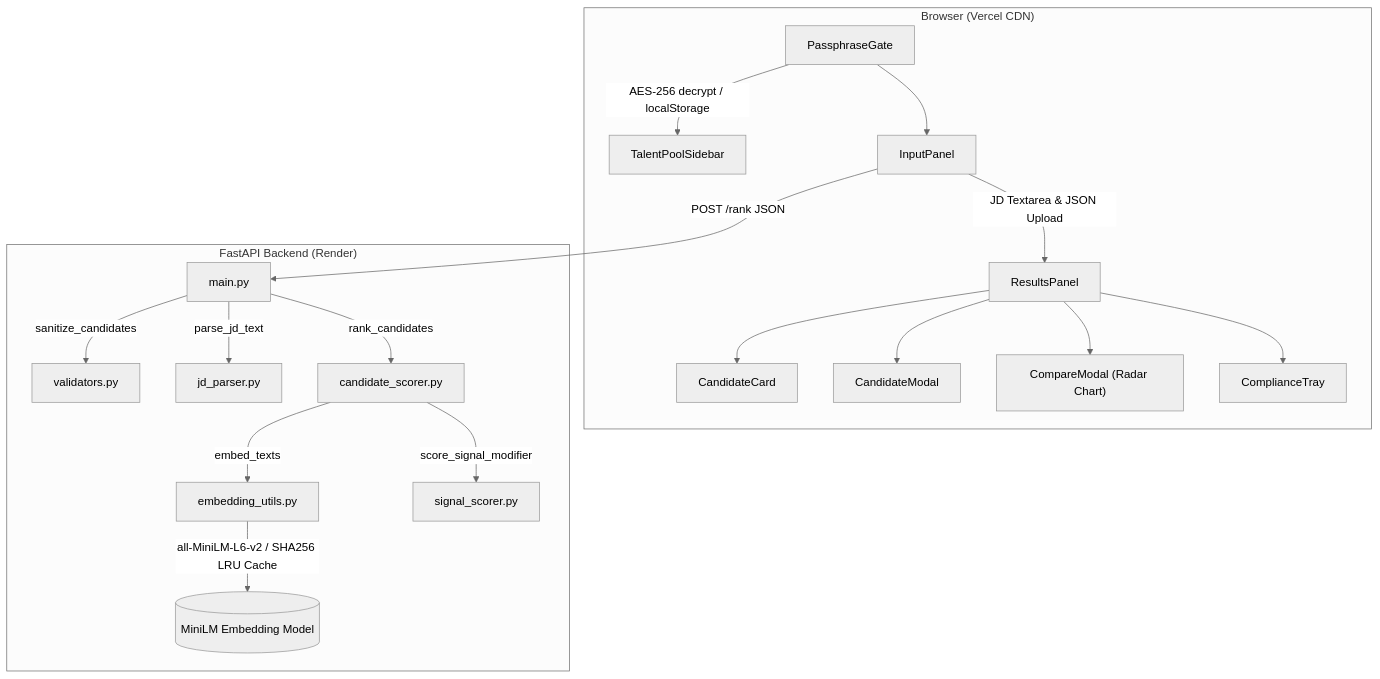
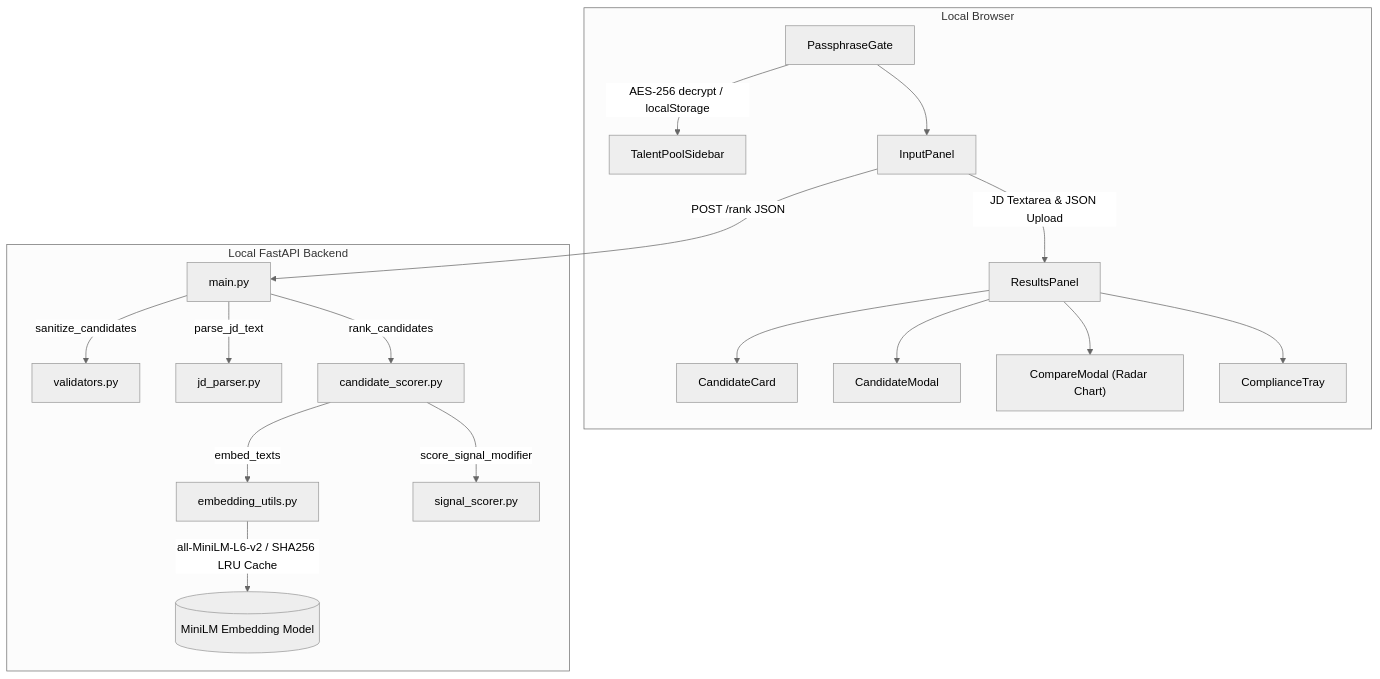
The first of 2 diagrams in README.md (yashhh-23/Resume-Ranker-for-Recruiters), drawn with Mermaid (neutral theme) before and after one commit. The commit also changed other lines of this file and 8 other files, not shown here.

````diff
--- a/README.md
+++ b/README.md
@@ -79,25 +79,25 @@
 ```mermaid
 graph TD
-    subgraph Browser ["Browser (Vercel CDN)"]
+    subgraph Browser ["Local Browser"]
         PG["PassphraseGate"] -->|AES-256 decrypt / localStorage| TP["TalentPoolSidebar"]
         PG --> IP["InputPanel"]
         IP -->|JD Textarea & JSON Upload| RP["ResultsPanel"]
         RP --> CC["CandidateCard"]
         RP --> CM["CandidateModal"]
         RP --> COMP["CompareModal (Radar Chart)"]
         RP --> CT["ComplianceTray"]
     end
 
-    subgraph Backend ["FastAPI Backend (Render)"]
+    subgraph Backend ["Local FastAPI Backend"]
         M["main.py"] -->|sanitize_candidates| V["validators.py"]
         M -->|parse_jd_text| JP["jd_parser.py"]
         M -->|rank_candidates| CS["candidate_scorer.py"]
         
         CS -->|embed_texts| EU["embedding_utils.py"]
         EU -->|all-MiniLM-L6-v2 / SHA256 LRU Cache| Model[("MiniLM Embedding Model")]
         
         CS -->|score_signal_modifier| SS["signal_scorer.py"]
     end
 
     IP -->|POST /rank JSON| M
 ```
````
